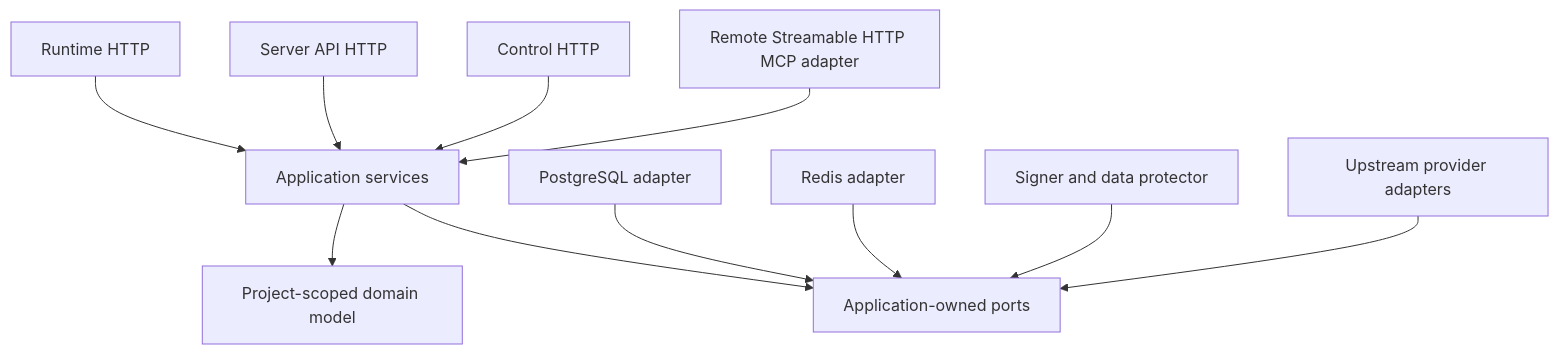
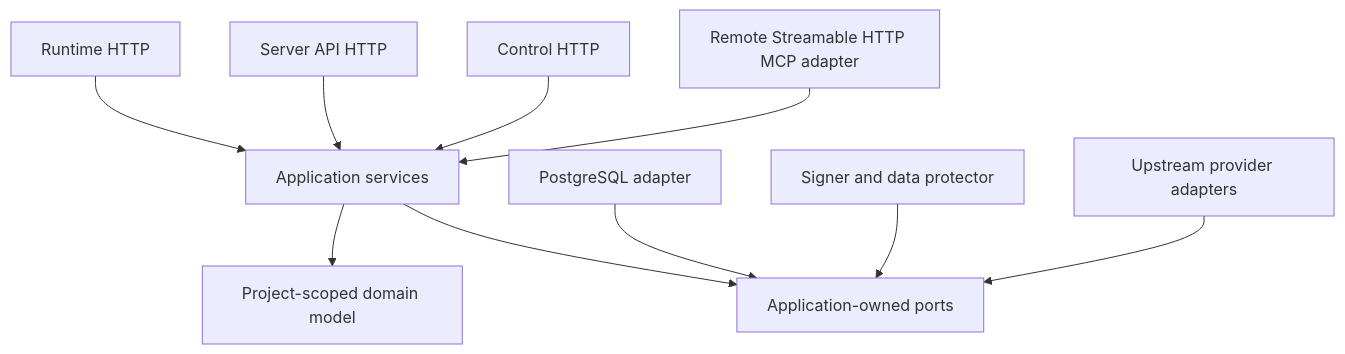
One commit to owlfoundry/owlauth changed the third of 3 diagrams in docs/guide/architecture.md. Above: the diagram before and after it, drawn with Mermaid. The commit also changed other lines of this file and 155 other files, not shown here.

````diff
--- a/docs/guide/architecture.md
+++ b/docs/guide/architecture.md
@@ -142,13 +141,12 @@
 ```mermaid
 flowchart TB
     RuntimeHTTP[Runtime HTTP] --> App[Application services]
     ServerHTTP[Server API HTTP] --> App
     ControlHTTP[Control HTTP] --> App
     MCP[Remote Streamable HTTP MCP adapter] --> App
     App --> Domain[Project-scoped domain model]
     App --> Ports[Application-owned ports]
     PostgreSQL[PostgreSQL adapter] --> Ports
-    Cache[Redis adapter] --> Ports
     Signer[Signer and data protector] --> Ports
     Providers[Upstream provider adapters] --> Ports
 ```
````
